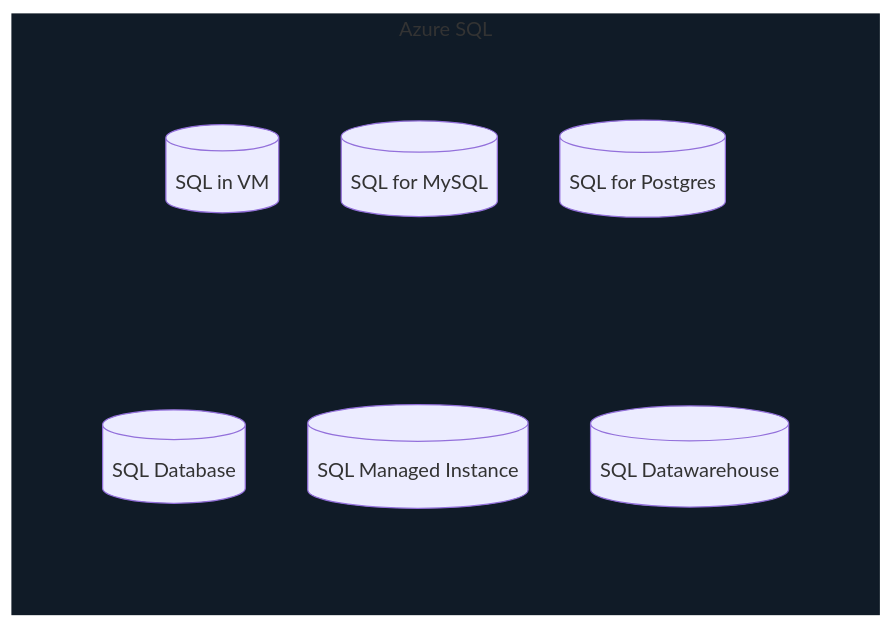
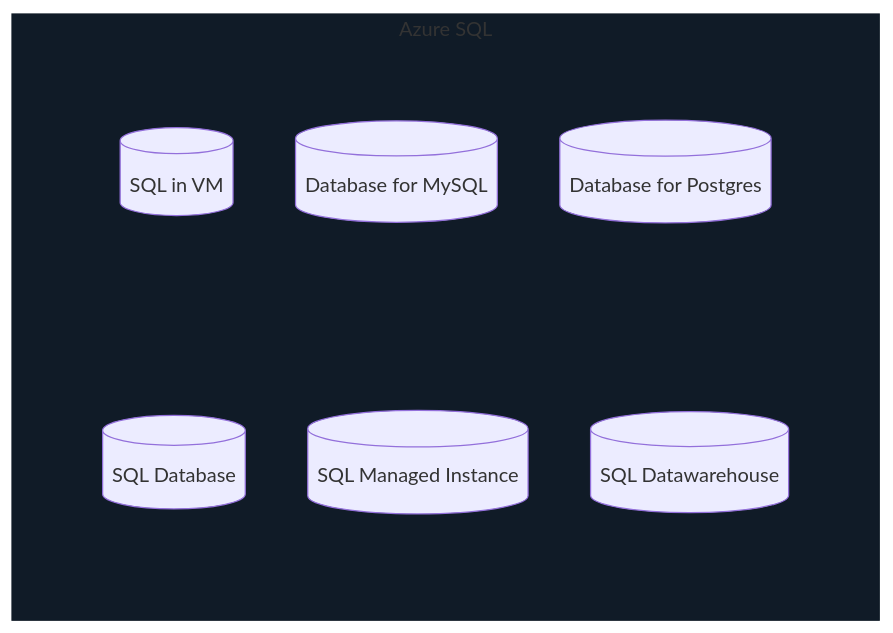
Before and after one commit to kodebot/notes2: the first of 2 diagrams in Azure/Basics/08-azure-database-services.md, drawn with Mermaid. The commit also changed other lines of this file and 1 other file, not shown here.

````diff
--- a/Azure/Basics/08-azure-database-services.md
+++ b/Azure/Basics/08-azure-database-services.md
@@ -24,23 +27,23 @@
 ```mermaid
 flowchart TB
     subgraph Background["Azure SQL"]
     subgraph row1[" "]
         SQLD[("SQL Database")]
         SQLDM[("SQL Managed Instance")]
         SQLDW[("SQL Datawarehouse")]
     end
     subgraph row2[" "]
         SQLVM[("SQL in VM")]
-        MYSQL[("SQL for MySQL")]
-        PG[("SQL for Postgres")]
+        MYSQL[("Database for MySQL")]
+        PG[("Database for Postgres")]
     end
     end
 classDef transparent stroke-width:0,fill:transparent
 classDef blue fill:#0073e6,stroke:#0073e6
 classDef orange fill:#c44601,stroke:#c44601
 classDef green fill:#047e36,stroke:#047e36
 classDef purple fill:#7c307f,stroke:#7c307f
 classDef bg fill:#101b27,stroke:#101b27
 class Background bg
 class row1,row2 transparent
 ```
````
